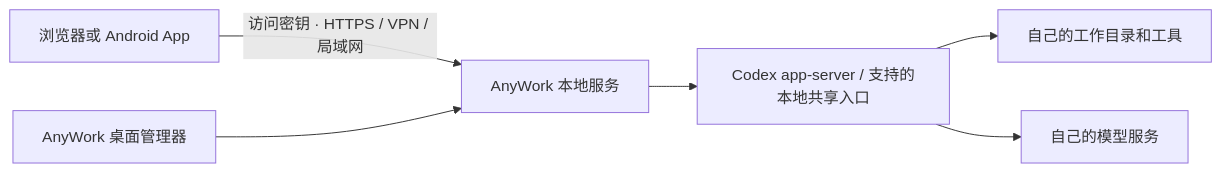
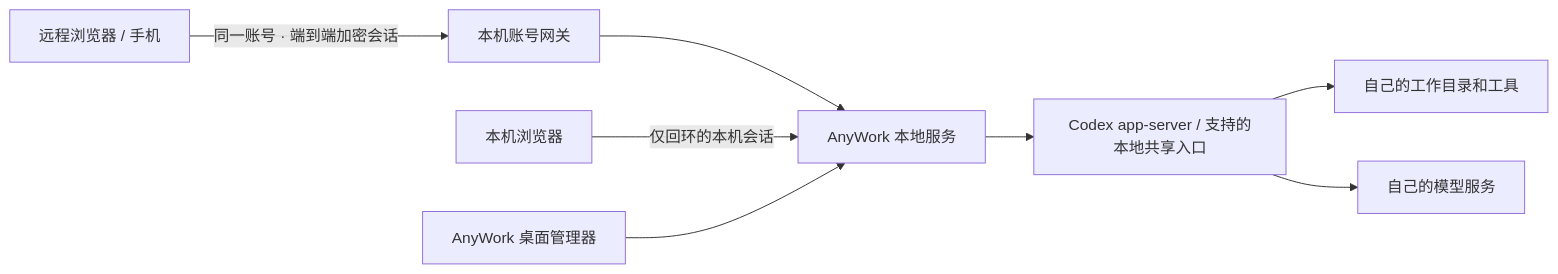
Before and after one commit to ywateru/AnyWork: the diagram in README.zh-CN.md, drawn with Mermaid. The commit also changed other lines of this file and 6 other files, not shown here.

Commit message:
Align user guides with unified account and local workspace flow

````diff
--- a/README.zh-CN.md
+++ b/README.zh-CN.md
@@ -86,8 +88,10 @@
 ```mermaid
 flowchart LR
-    B[浏览器或 Android App] -->|访问密钥 · HTTPS / VPN / 局域网| S[AnyWork 本地服务]
+    B[远程浏览器 / 手机] -->|同一账号 · 端到端加密会话| G[本机账号网关]
+    G --> S[AnyWork 本地服务]
+    L[本机浏览器] -->|仅回环的本机会话| S
     D[AnyWork 桌面管理器] --> S
     S --> C[Codex app-server / 支持的本地共享入口]
     C --> W[自己的工作目录和工具]
     C --> M[自己的模型服务]
 ```
````
